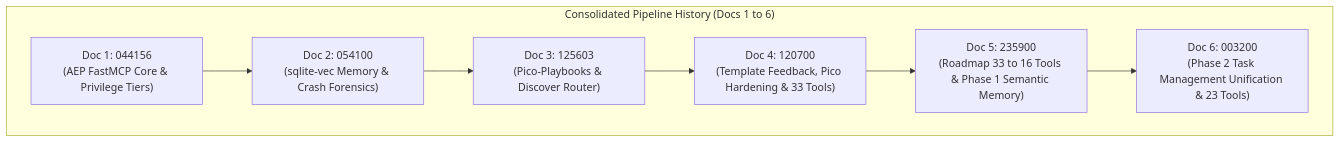
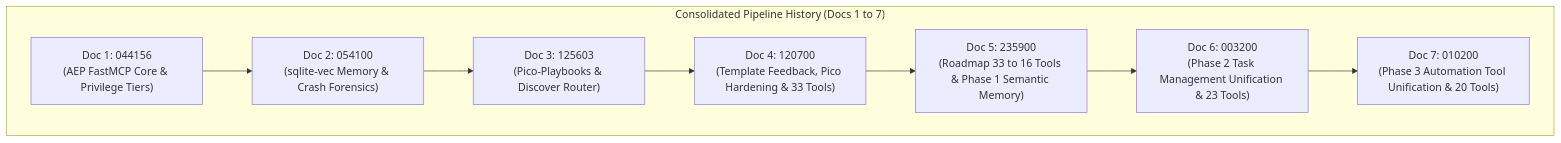
The diagram in docs/pipeline/feature_rollup.md (ancrz/agent-execution-plane), drawn with Mermaid before and after one commit. The commit also changed other lines of this file and 6 other files, not shown here.

Commit message:
docs(state): record phase 3 automation consolidation and 20-tool baseline

````diff
--- a/docs/pipeline/feature_rollup.md
+++ b/docs/pipeline/feature_rollup.md
@@ -15,14 +15,15 @@
 ```mermaid
 flowchart LR
-    subgraph RollupChain["Consolidated Pipeline History (Docs 1 to 6)"]
+    subgraph RollupChain["Consolidated Pipeline History (Docs 1 to 7)"]
         direction LR
         D1["Doc 1: 044156<br/>(AEP FastMCP Core & Privilege Tiers)"]
         D2["Doc 2: 054100<br/>(sqlite-vec Memory & Crash Forensics)"]
         D3["Doc 3: 125603<br/>(Pico-Playbooks & Discover Router)"]
         D4["Doc 4: 120700<br/>(Template Feedback, Pico Hardening & 33 Tools)"]
         D5["Doc 5: 235900<br/>(Roadmap 33 to 16 Tools & Phase 1 Semantic Memory)"]
         D6["Doc 6: 003200<br/>(Phase 2 Task Management Unification & 23 Tools)"]
+        D7["Doc 7: 010200<br/>(Phase 3 Automation Tool Unification & 20 Tools)"]
 
-        D1 --> D2 --> D3 --> D4 --> D5 --> D6
+        D1 --> D2 --> D3 --> D4 --> D5 --> D6 --> D7
     end
 ```
````
